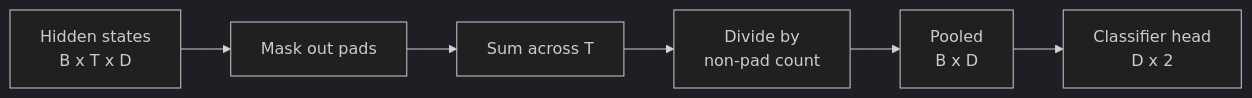
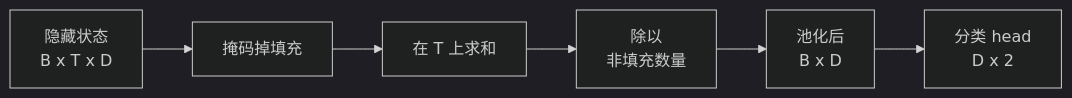
One commit to guangningsun/ailearning changed the second of 3 diagrams in lessons/19-capstone-projects/38-classifier-finetuning/docs/zh.md. Above: the diagram before and after it, drawn with Mermaid (dark theme). The commit also changed other lines of this file and 85 other files, not shown here.

````diff
--- a/lessons/19-capstone-projects/38-classifier-finetuning/docs/zh.md
+++ b/lessons/19-capstone-projects/38-classifier-finetuning/docs/zh.md
@@ -60,8 +60,8 @@
 ```mermaid
 flowchart LR
-  H[Hidden states<br/>B x T x D] --> M[Mask out pads]
-  M --> S[Sum across T]
-  S --> N[Divide by<br/>non-pad count]
-  N --> P[Pooled<br/>B x D]
-  P --> C[Classifier head<br/>D x 2]
+  H[隐藏状态<br/>B x T x D] --> M[掩码掉填充]
+  M --> S[在 T 上求和]
+  S --> N[除以<br/>非填充数量]
+  N --> P[池化后<br/>B x D]
+  P --> C[分类 head<br/>D x 2]
 ```
````
